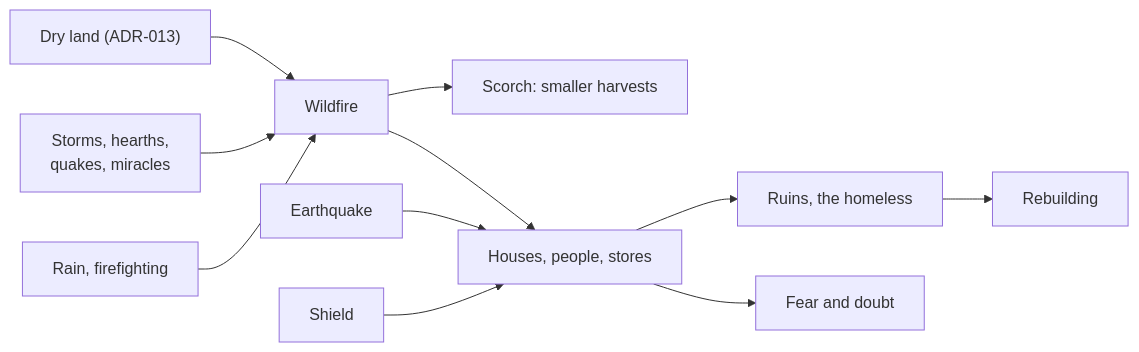
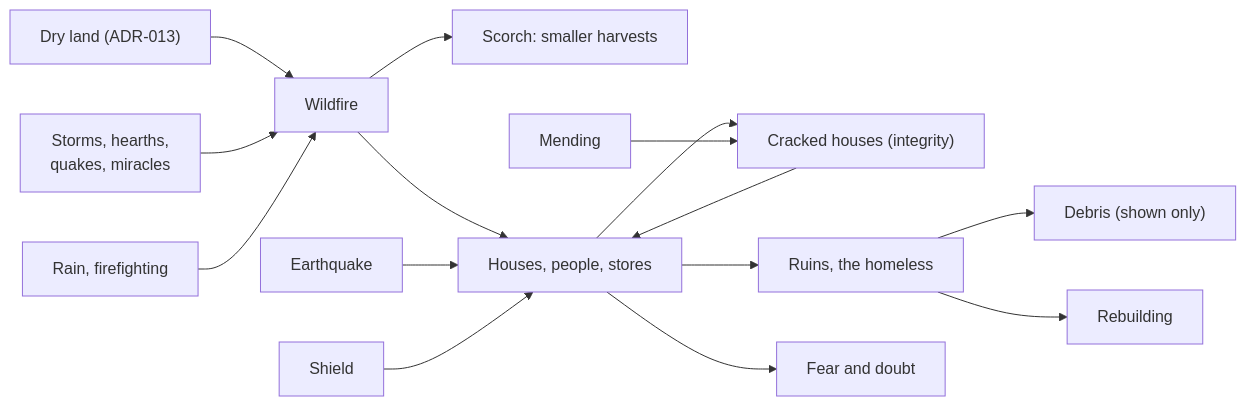
One commit to roeyazroel/pantheon changed diagram 24 of 35 in docs/ARCHITECTURE.md. Above: the diagram before and after it, drawn with Mermaid. The commit also changed other lines of this file and 80 other files, not shown here.

````diff
--- a/docs/ARCHITECTURE.md
+++ b/docs/ARCHITECTURE.md
@@ -1769,13 +1788,17 @@
 ```mermaid
 flowchart LR
     Dry["Dry land (ADR-013)"] --> Fire["Wildfire"]
     Sparks["Storms, hearths,<br/>quakes, miracles"] --> Fire
     Fire --> Scorch["Scorch: smaller harvests"]
     Fire --> Damage["Houses, people, stores"]
     Quake["Earthquake"] --> Damage
+    Damage --> Cracks["Cracked houses (integrity)"]
+    Cracks --> Damage
+    Mending["Mending"] --> Cracks
     Damage --> Ruins["Ruins, the homeless"]
+    Ruins --> Debris["Debris (shown only)"]
     Ruins --> Rebuild["Rebuilding"]
     Damage --> Belief["Fear and doubt"]
     Shield["Shield"] --> Damage
     Rain["Rain, firefighting"] --> Fire
 ```
````
